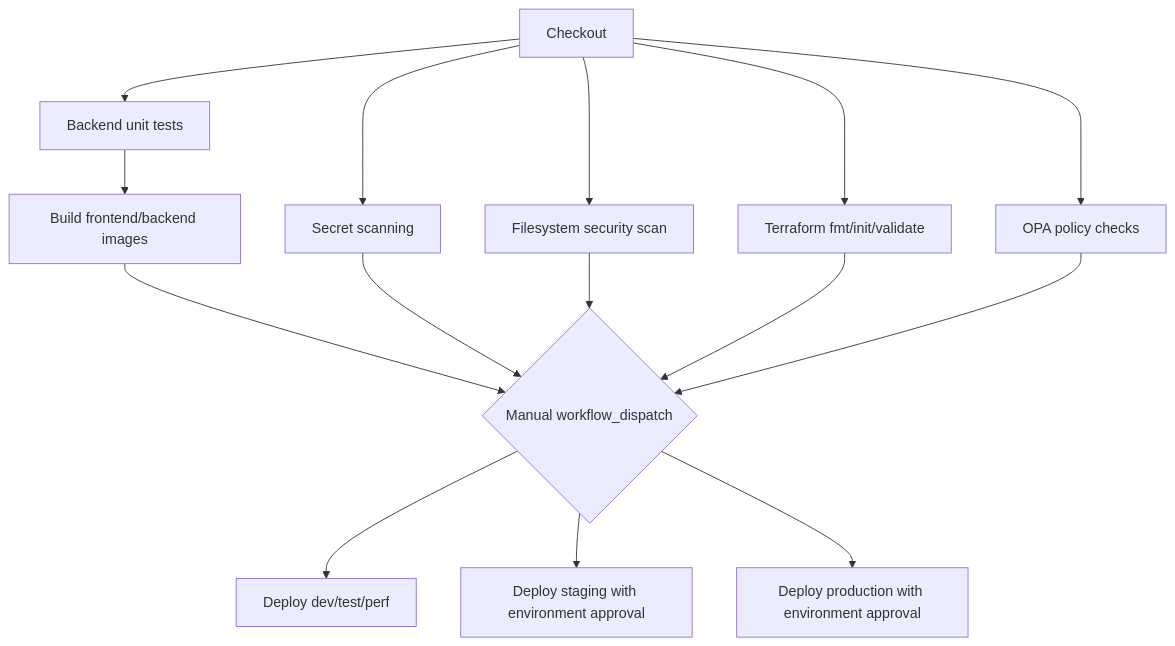
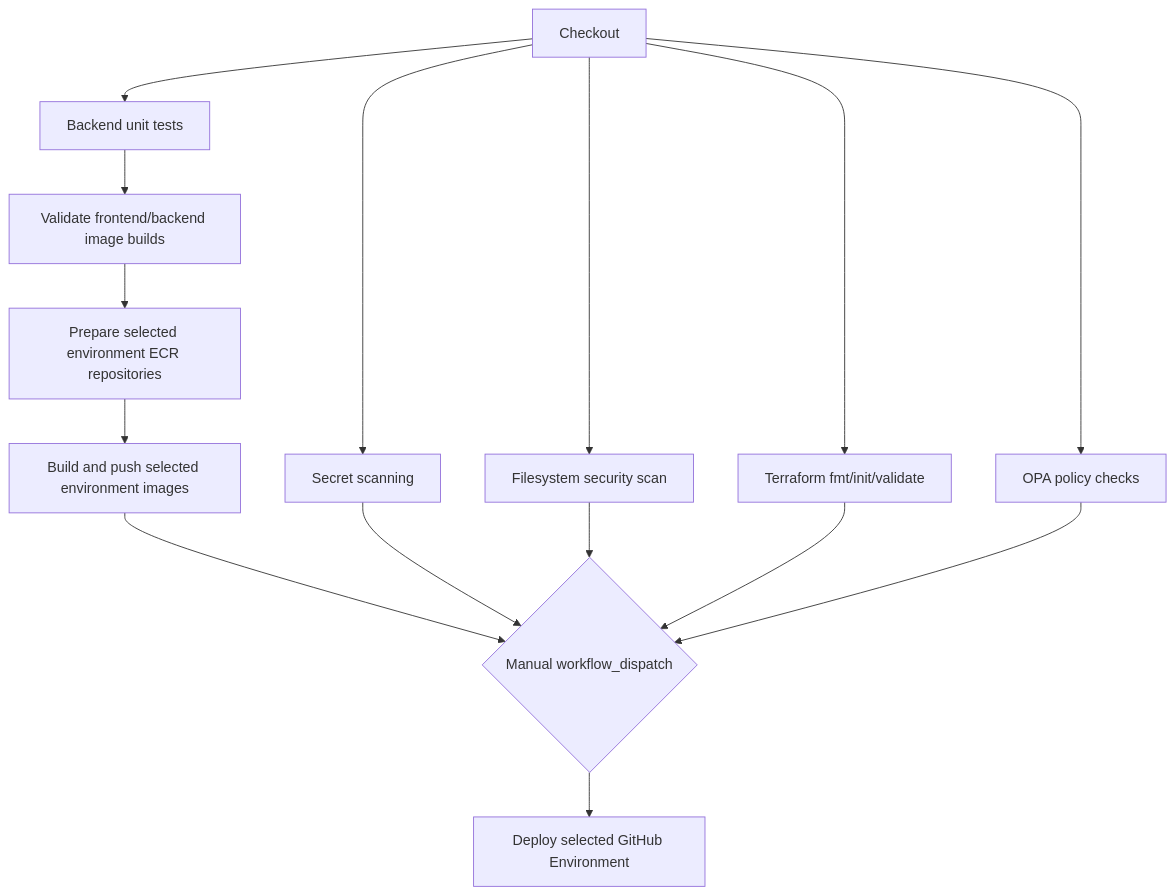
Before and after one commit to zerorclover/platform-hello: the diagram in docs/architecture/task-2-pipeline.md, drawn with Mermaid. The commit also changed other lines of this file and 17 other files, not shown here.

````diff
--- a/docs/architecture/task-2-pipeline.md
+++ b/docs/architecture/task-2-pipeline.md
@@ -7,17 +7,17 @@
 ```mermaid
 flowchart TD
   Checkout[Checkout] --> Tests[Backend unit tests]
   Checkout --> SecretScan[Secret scanning]
   Checkout --> SecurityScan[Filesystem security scan]
-  Tests --> DockerBuild[Build frontend/backend images]
+  Tests --> DockerBuild[Validate frontend/backend image builds]
+  DockerBuild --> Prepare[Prepare selected environment ECR repositories]
+  Prepare --> Package[Build and push selected environment images]
   Checkout --> Terraform[Terraform fmt/init/validate]
   Checkout --> OPA[OPA policy checks]
-  DockerBuild --> Deploy{Manual workflow_dispatch}
+  Package --> Deploy{Manual workflow_dispatch}
   SecretScan --> Deploy
   SecurityScan --> Deploy
   Terraform --> Deploy
   OPA --> Deploy
-  Deploy --> Dev[Deploy dev/test/perf]
-  Deploy --> Stage[Deploy staging with environment approval]
-  Deploy --> Prod[Deploy production with environment approval]
+  Deploy --> Env[Deploy selected GitHub Environment]
 ```
````
